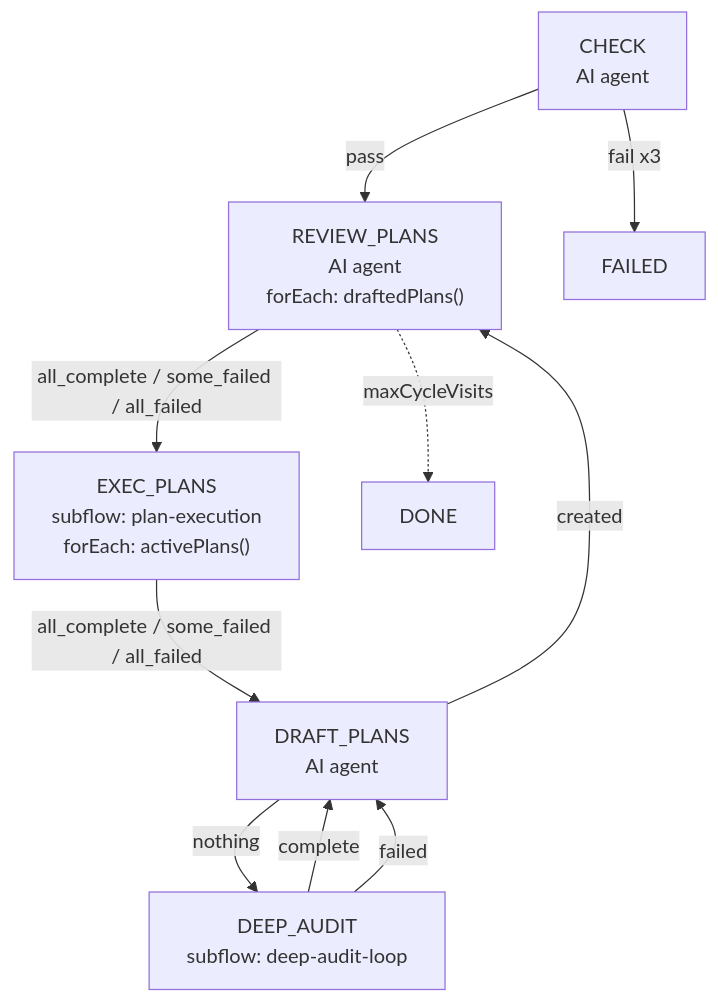
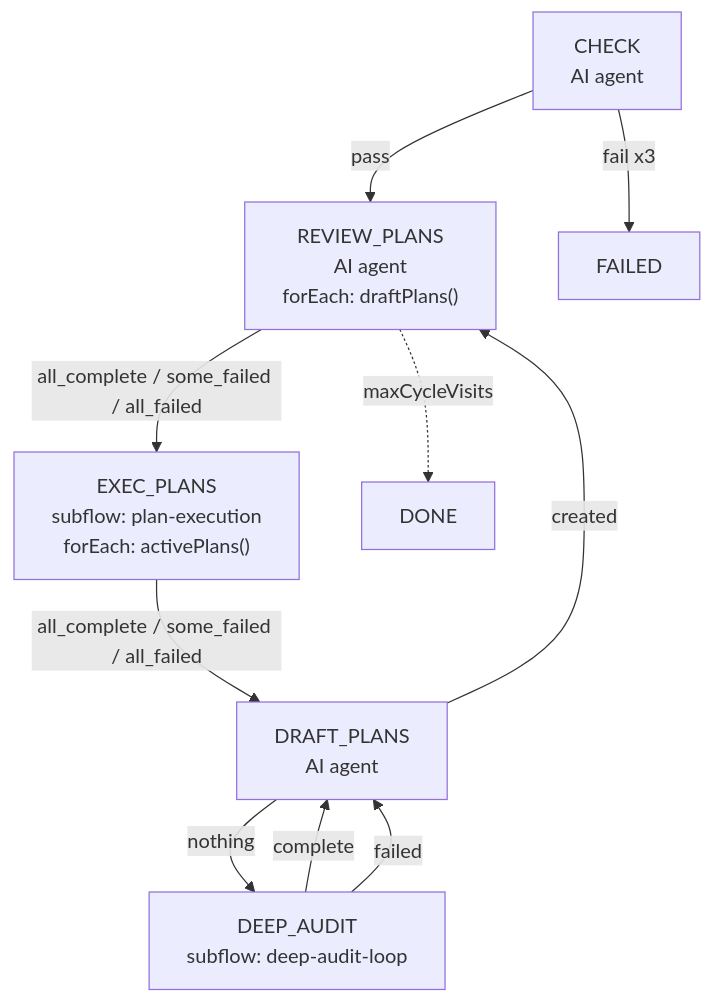
Before and after one commit to entropy-cloud/attractor-guided-engineering-template: the first of 3 diagrams in tools/mission-driver/design/mission-driver-flow-design.md, drawn with Mermaid. The commit also changed other lines of this file and 14 other files, not shown here.

Commit message:
refactor: 统一计划状态为 draft→active，函数 draftedPlans→draftPlans

````diff
--- a/tools/mission-driver/design/mission-driver-flow-design.md
+++ b/tools/mission-driver/design/mission-driver-flow-design.md
@@ -45,17 +45,17 @@
 ```mermaid
 flowchart TD
-    HC["CHECK<br/>AI agent"] -->|pass| RP["REVIEW_PLANS<br/>AI agent<br/>forEach: draftedPlans()"]
+    HC["CHECK<br/>AI agent"] -->|pass| RP["REVIEW_PLANS<br/>AI agent<br/>forEach: draftPlans()"]
     HC -->|fail x3| FAILED
 
     RP -->|all_complete / some_failed / all_failed| EAP["EXEC_PLANS<br/>subflow: plan-execution<br/>forEach: activePlans()"]
 
     EAP -->|all_complete / some_failed / all_failed| DP["DRAFT_PLANS<br/>AI agent"]
 
     DP -->|created| RP
     DP -->|nothing| DAL["DEEP_AUDIT<br/>subflow: deep-audit-loop"]
 
     DAL -->|complete| DP
     DAL -->|failed| DP
 
     RP -.->|maxCycleVisits| DONE
 ```
````
